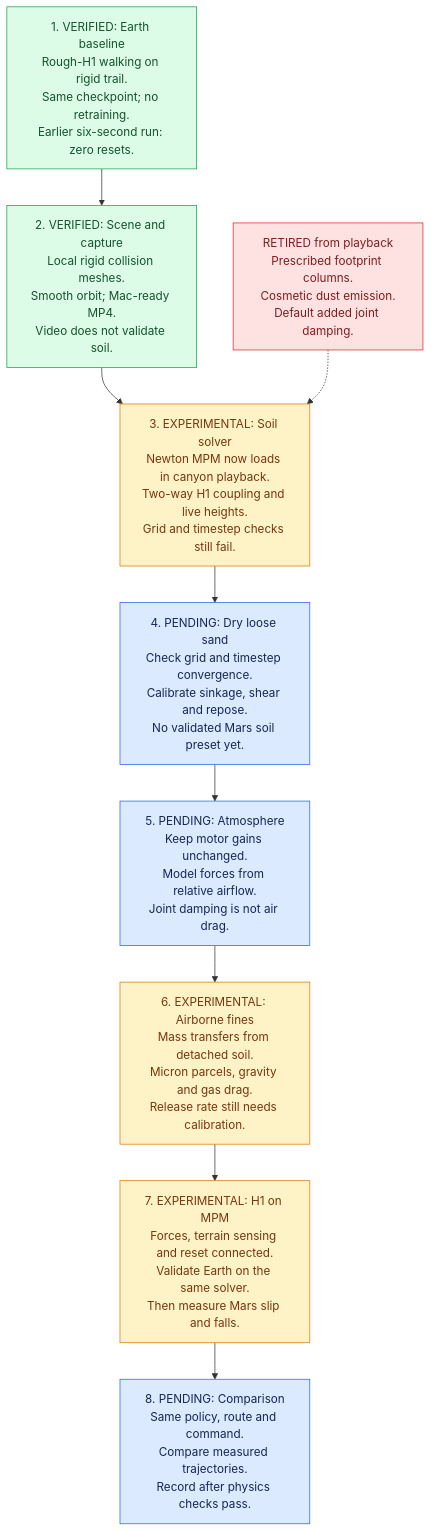
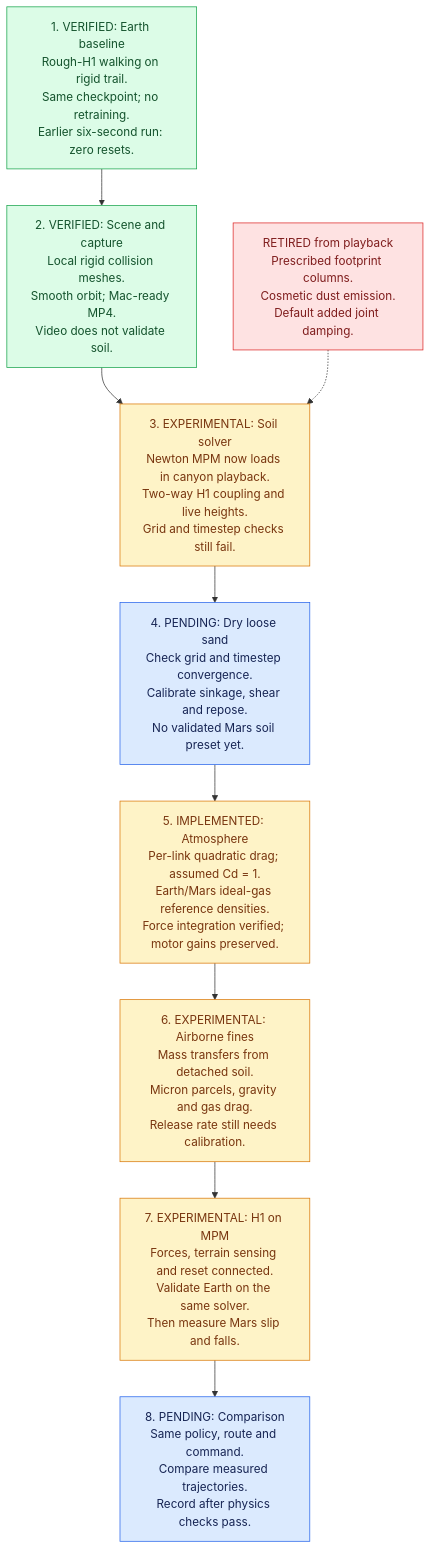
The third of 3 diagrams in README.md (eddie-wq07/Mars-Project), drawn with Mermaid before and after one commit. The commit also changed other lines of this file and 8 other files, not shown here.

Commit message:
Add air resistance param for earth, mars

````diff
--- a/README.md
+++ b/README.md
@@ -126,24 +126,24 @@
 ```mermaid
 flowchart TD
     earth["1. VERIFIED: Earth baseline<br/>Rough-H1 walking on rigid trail.<br/>Same checkpoint; no retraining.<br/>Earlier six-second run: zero resets."]
     capture["2. VERIFIED: Scene and capture<br/>Local rigid collision meshes.<br/>Smooth orbit; Mac-ready MP4.<br/>Video does not validate soil."]
     solver["3. EXPERIMENTAL: Soil solver<br/>Newton MPM now loads in canyon playback.<br/>Two-way H1 coupling and live heights.<br/>Grid and timestep checks still fail."]
     calibration["4. PENDING: Dry loose sand<br/>Check grid and timestep convergence.<br/>Calibrate sinkage, shear and repose.<br/>No validated Mars soil preset yet."]
-    air["5. PENDING: Atmosphere<br/>Keep motor gains unchanged.<br/>Model forces from relative airflow.<br/>Joint damping is not air drag."]
+    air["5. IMPLEMENTED: Atmosphere<br/>Per-link quadratic drag; assumed Cd = 1.<br/>Earth/Mars ideal-gas reference densities.<br/>Force integration verified; motor gains preserved."]
     grains["6. EXPERIMENTAL: Airborne fines<br/>Mass transfers from detached soil.<br/>Micron parcels, gravity and gas drag.<br/>Release rate still needs calibration."]
     test["7. EXPERIMENTAL: H1 on MPM<br/>Forces, terrain sensing and reset connected.<br/>Validate Earth on the same solver.<br/>Then measure Mars slip and falls."]
     compare["8. PENDING: Comparison<br/>Same policy, route and command.<br/>Compare measured trajectories.<br/>Record after physics checks pass."]
     retired["RETIRED from playback<br/>Prescribed footprint columns.<br/>Cosmetic dust emission.<br/>Default added joint damping."]
 
     earth --> capture --> solver --> calibration --> air --> grains --> test --> compare
     retired -.-> solver
 
     classDef verified fill:#dcfce7,stroke:#16a34a,color:#14532d;
     classDef experimental fill:#fef3c7,stroke:#d97706,color:#78350f;
     classDef pending fill:#dbeafe,stroke:#2563eb,color:#172554;
     classDef retired fill:#fee2e2,stroke:#dc2626,color:#7f1d1d;
     class earth,capture verified;
-    class solver,grains,test experimental;
-    class calibration,air,compare pending;
+    class solver,air,grains,test experimental;
+    class calibration,compare pending;
     class retired retired;
 ```
````
